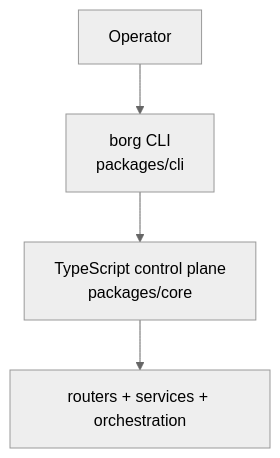
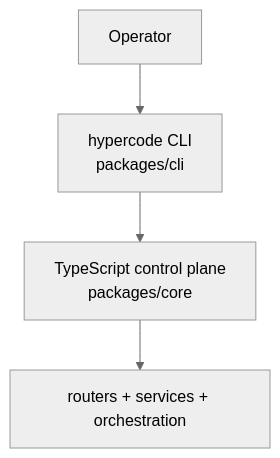
The third of 7 diagrams in docs/PROJECT_STRUCTURE.md (XENOCIDE-MDMAtk/TormentNexus), drawn with Mermaid (neutral theme) before and after one commit. The commit also changed other lines of this file and 1347 other files, not shown here.

````diff
--- a/docs/PROJECT_STRUCTURE.md
+++ b/docs/PROJECT_STRUCTURE.md
@@ -245,12 +245,12 @@
 ```mermaid
 flowchart TD
     User["Operator"]
-    CLI["borg CLI\npackages/cli"]
-    CLI["borg CLI\npackages/cli"]
+    CLI["hypercode CLI\npackages/cli"]
+    CLI["hypercode CLI\npackages/cli"]
     CORE["TypeScript control plane\npackages/core"]
     Services["routers + services + orchestration"]
 
     User --> CLI
     CLI --> CORE
     CORE --> Services
 ```
````
